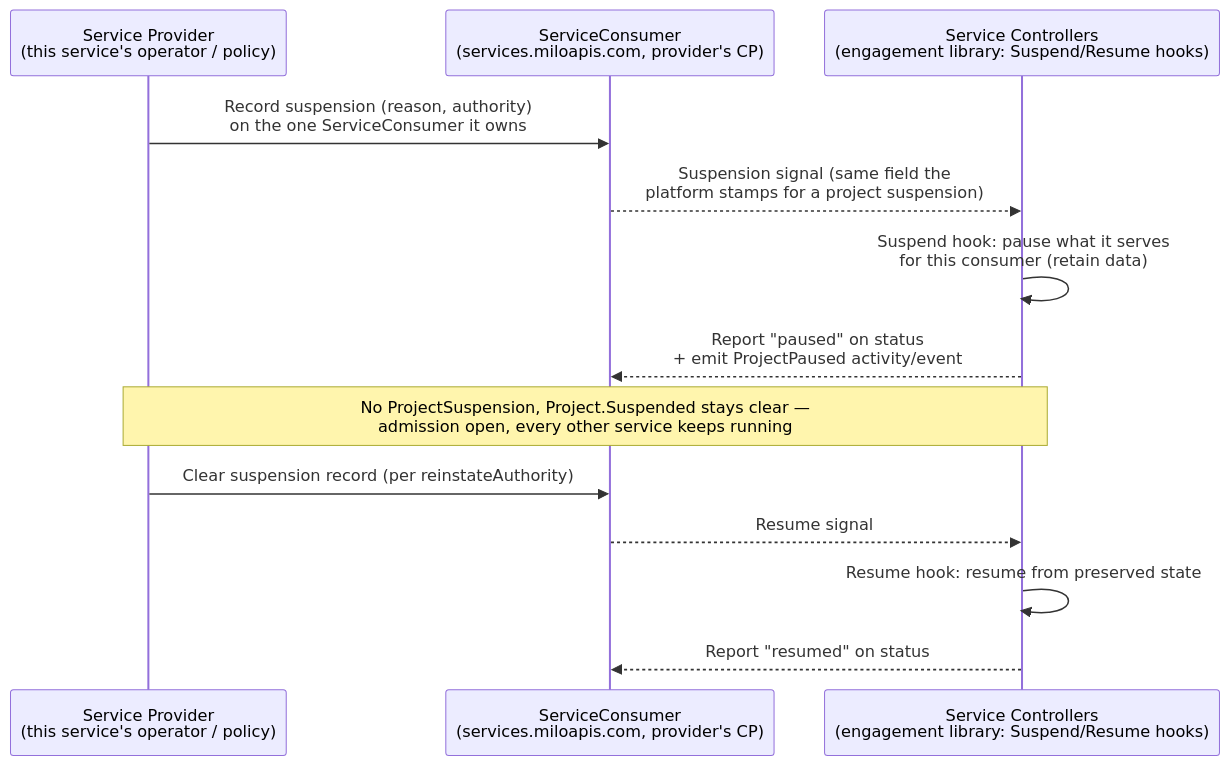
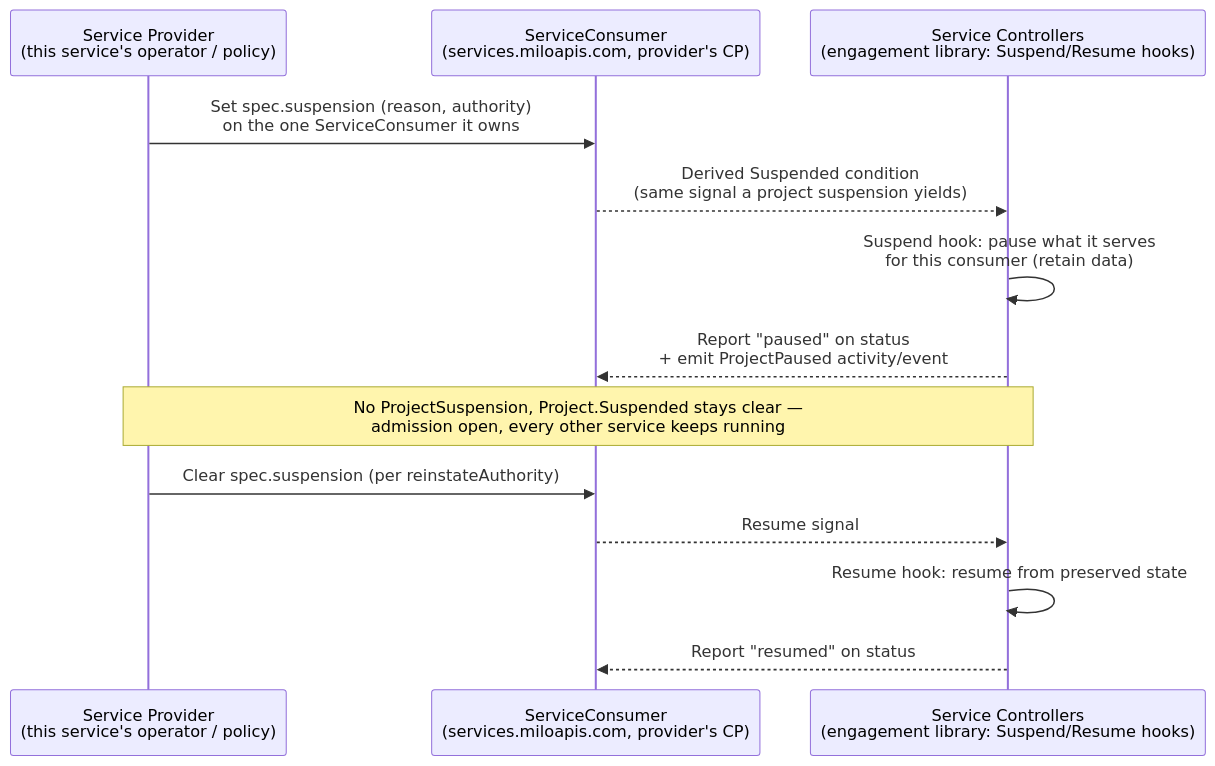
One commit to datum-cloud/enhancements changed the third of 3 diagrams in enhancements/platform/project-suspension/README.md. Above: the diagram before and after it, drawn with Mermaid. The commit also changed other lines of this file, not shown here.

First line of the commit message:
docs(project-suspension): capture the ServiceConsumer suspension API

````diff
--- a/enhancements/platform/project-suspension/README.md
+++ b/enhancements/platform/project-suspension/README.md
@@ -531,17 +532,17 @@
 ```mermaid
 sequenceDiagram
     participant Prov as Service Provider<br/>(this service's operator / policy)
     participant SC as ServiceConsumer<br/>(services.miloapis.com, provider's CP)
     participant Svc as Service Controllers<br/>(engagement library: Suspend/Resume hooks)
 
-    Prov->>SC: Record suspension (reason, authority)<br/>on the one ServiceConsumer it owns
-    SC-->>Svc: Suspension signal (same field the<br/>platform stamps for a project suspension)
+    Prov->>SC: Set spec.suspension (reason, authority)<br/>on the one ServiceConsumer it owns
+    SC-->>Svc: Derived Suspended condition<br/>(same signal a project suspension yields)
     Svc->>Svc: Suspend hook: pause what it serves<br/>for this consumer (retain data)
     Svc-->>SC: Report "paused" on status<br/>+ emit ProjectPaused activity/event
     Note over Prov,Svc: No ProjectSuspension, Project.Suspended stays clear —<br/>admission open, every other service keeps running
 
-    Prov->>SC: Clear suspension record (per reinstateAuthority)
+    Prov->>SC: Clear spec.suspension (per reinstateAuthority)
     SC-->>Svc: Resume signal
     Svc->>Svc: Resume hook: resume from preserved state
     Svc-->>SC: Report "resumed" on status
 ```
````
